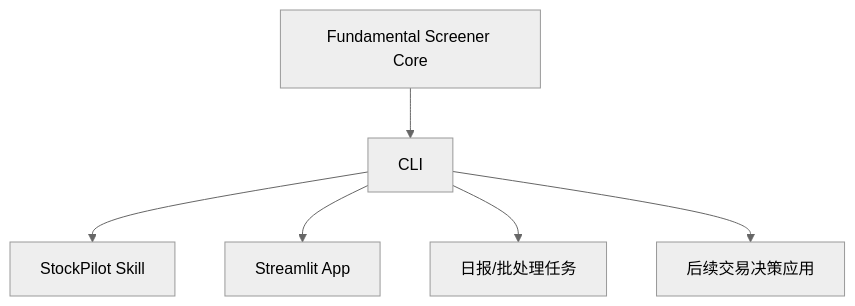
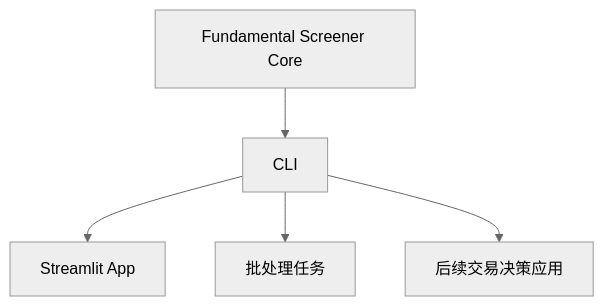
One commit to shenjee/stockpilot changed the third of 4 diagrams in docs/fundamental_screener_mvp.md. Above: the diagram before and after it, drawn with Mermaid (neutral theme). The commit also changed other lines of this file and 61 other files, not shown here.

First line of the commit message:
Remove china-stock-analysis skill and migrate securities master builder

````diff
--- a/docs/fundamental_screener_mvp.md
+++ b/docs/fundamental_screener_mvp.md
@@ -339,8 +339,7 @@
 ```mermaid
 flowchart TD
     A["Fundamental Screener Core"] --> B["CLI"]
-    B --> C["StockPilot Skill"]
-    B --> D["Streamlit App"]
-    B --> E["日报/批处理任务"]
-    B --> F["后续交易决策应用"]
+    B --> C["Streamlit App"]
+    B --> D["批处理任务"]
+    B --> E["后续交易决策应用"]
 ```
````
